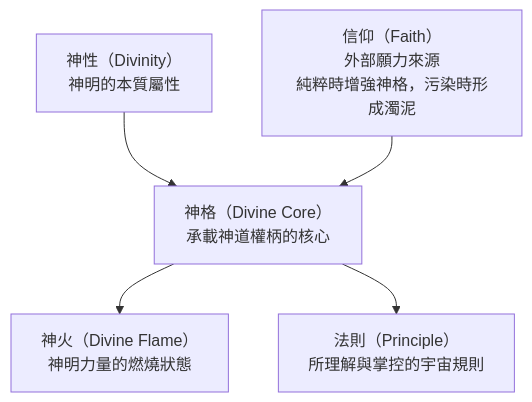
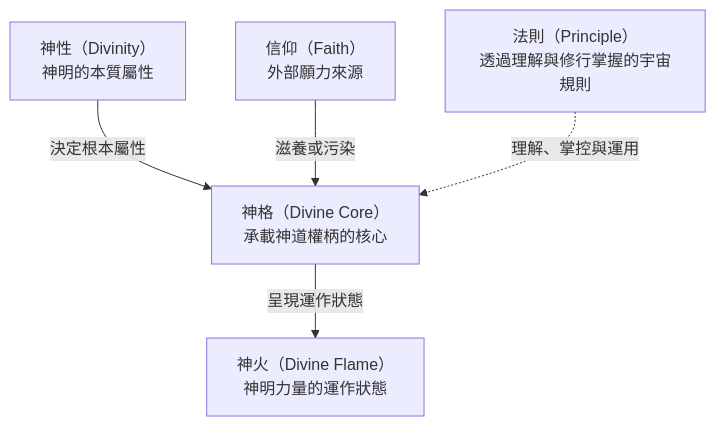
Before and after one commit to wade-fs/novel: the diagram in sex/docs/arcs/04/02_power_system.md, drawn with Mermaid. The commit also changed other lines of this file and 1 other file, not shown here.

Commit message:
docs(sex): refine vol04 power/governance details and add vol05 direction draft

````diff
--- a/sex/docs/arcs/04/02_power_system.md
+++ b/sex/docs/arcs/04/02_power_system.md
@@ -30,13 +30,13 @@
 ```mermaid
 flowchart TD
-    FA["法則（Principle）\n所理解與掌控的宇宙規則"]
-    XY["信仰（Faith）\n外部願力來源\n純粹時增強神格，污染時形成濁泥"]
-    SG["神格（Divine Core）\n承載神道權柄的核心"]
-    SH["神性（Divinity）\n神明的本質屬性"]
-    SH2["神火（Divine Flame）\n神明力量的燃燒狀態"]
+    SH["神性（Divinity）<br/>神明的本質屬性"]
+    XY["信仰（Faith）<br/>外部願力來源"]
+    SG["神格（Divine Core）<br/>承載神道權柄的核心"]
+    SH2["神火（Divine Flame）<br/>神明力量的運作狀態"]
+    FA["法則（Principle）<br/>透過理解與修行掌握的宇宙規則"]
 
-    SH --> SG
-    SG --> SH2
-    XY --> SG
-    SG --> FA
+    SH -->|決定根本屬性| SG
+    XY -->|滋養或污染| SG
+    SG -->|呈現運作狀態| SH2
+    FA -.->|理解、掌控與運用| SG
 ```
````
